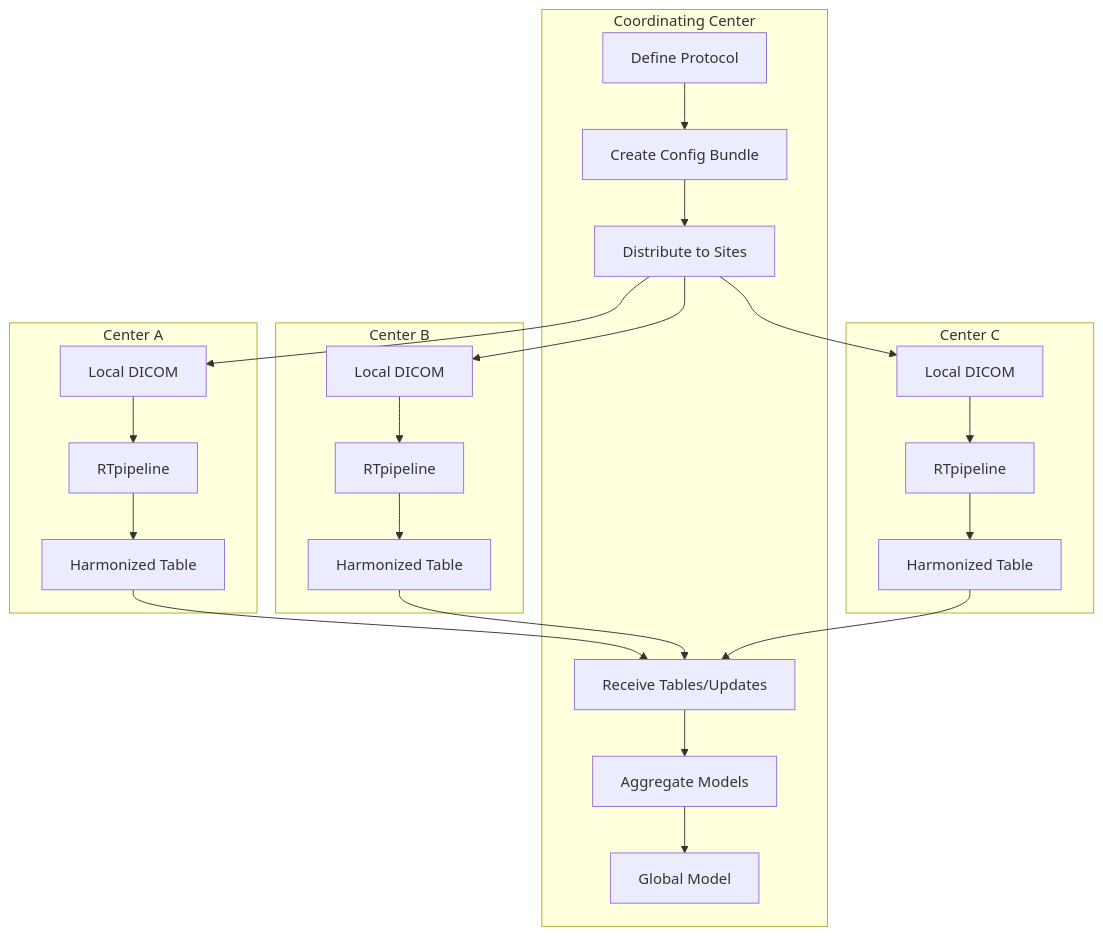
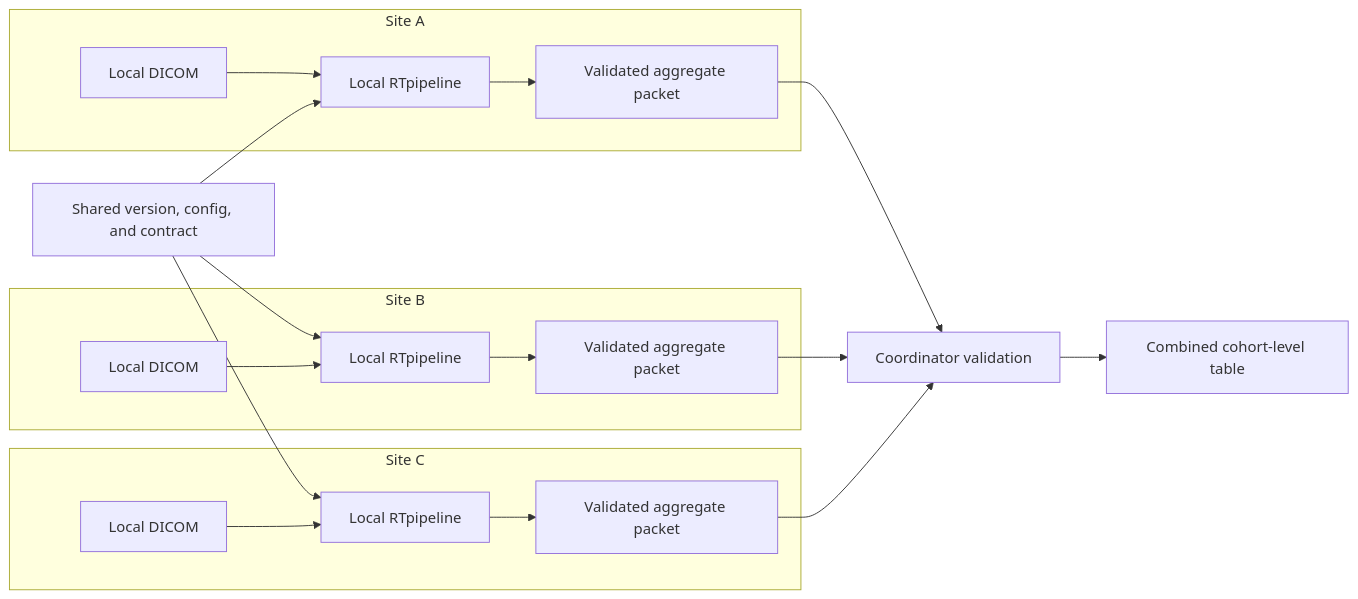
Before and after one commit to kstawiski/rtpipeline: the third of 3 diagrams in docs/case_studies/index.md, drawn with Mermaid. The commit also changed other lines of this file and 8 other files, not shown here.

````diff
--- a/docs/case_studies/index.md
+++ b/docs/case_studies/index.md
@@ -434,30 +411,19 @@
 ```mermaid
-graph TD
-    subgraph Coordinating Center
-        A[Define Protocol] --> B[Create Config Bundle]
-        B --> C[Distribute to Sites]
-        I[Receive Tables/Updates] --> J[Aggregate Models]
-        J --> K[Global Model]
+flowchart LR
+    C[Shared version, config, and contract] --> A1
+    C --> A2
+    C --> A3
+    subgraph Site A
+      D1[Local DICOM] --> A1[Local RTpipeline] --> P1[Validated aggregate packet]
     end
-
-    subgraph Center A
-        C --> D1[Local DICOM]
-        D1 --> E1[RTpipeline]
-        E1 --> F1[Harmonized Table]
-        F1 --> I
+    subgraph Site B
+      D2[Local DICOM] --> A2[Local RTpipeline] --> P2[Validated aggregate packet]
     end
-
-    subgraph Center B
-        C --> D2[Local DICOM]
-        D2 --> E2[RTpipeline]
-        E2 --> F2[Harmonized Table]
-        F2 --> I
+    subgraph Site C
+      D3[Local DICOM] --> A3[Local RTpipeline] --> P3[Validated aggregate packet]
     end
-
-    subgraph Center C
-        C --> D3[Local DICOM]
-        D3 --> E3[RTpipeline]
-        E3 --> F3[Harmonized Table]
-        F3 --> I
-    end
+    P1 --> V[Coordinator validation]
+    P2 --> V
+    P3 --> V
+    V --> R[Combined cohort-level table]
 ```
````
